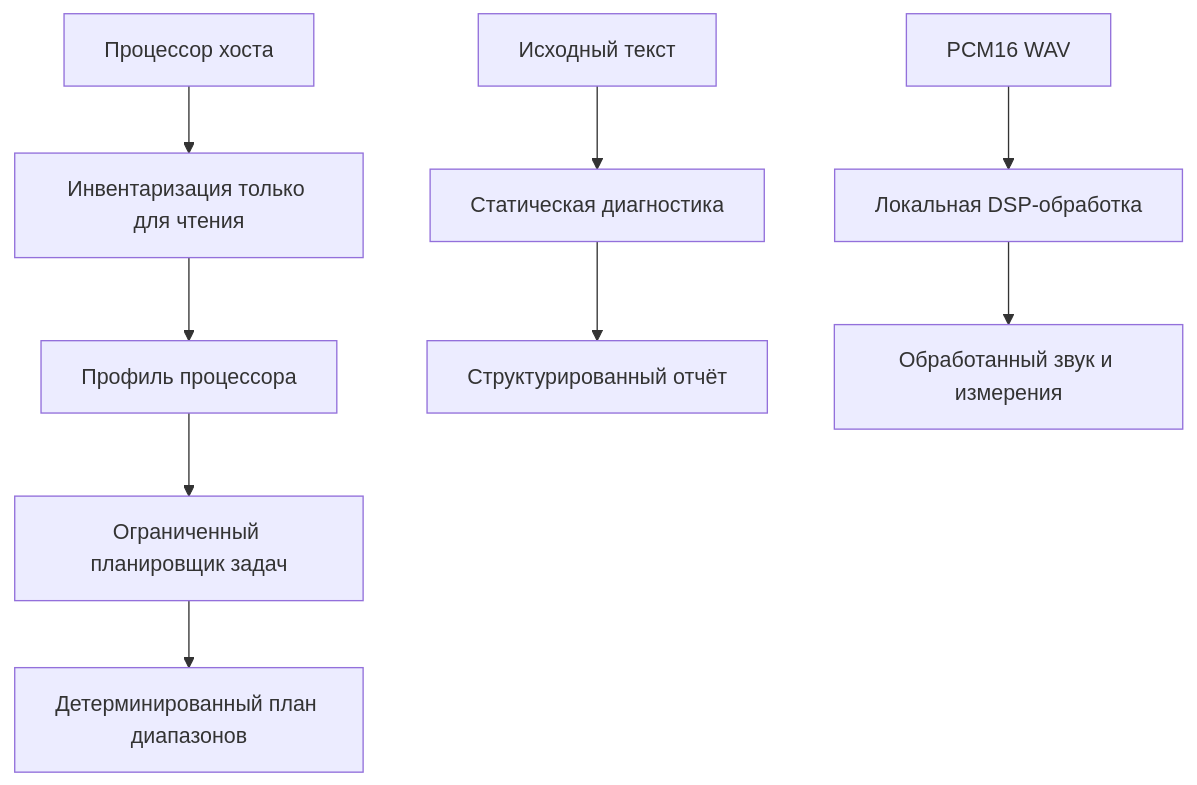
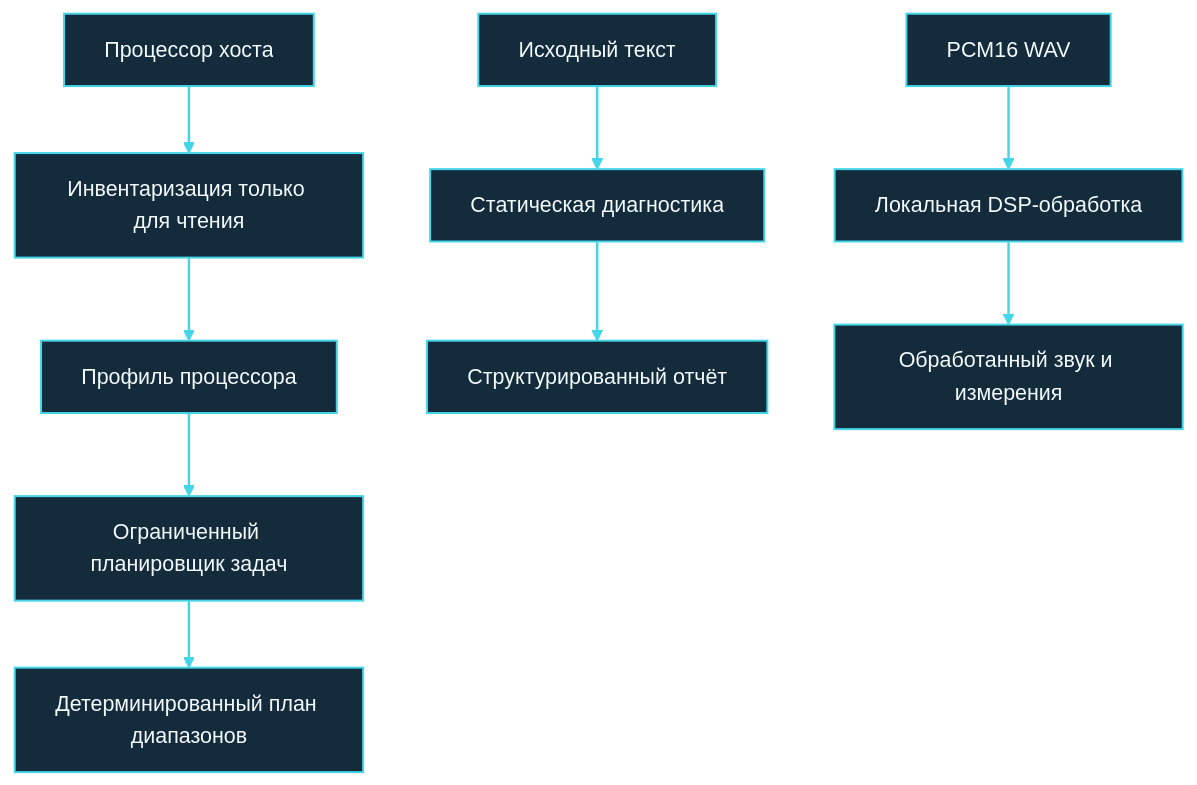
One commit to Ivan-VHS/Pytyliki changed the first of 2 diagrams in README.ru.md. Above: the diagram before and after it, drawn with Mermaid. The commit also changed other lines of this file, not shown here.

````diff
--- a/README.ru.md
+++ b/README.ru.md
@@ -20,11 +25,14 @@
 ```mermaid
 flowchart TD
     A[Процессор хоста] --> B[Инвентаризация только для чтения]
     B --> C[Профиль процессора]
     C --> D[Ограниченный планировщик задач]
     D --> E[Детерминированный план диапазонов]
     F[Исходный текст] --> G[Статическая диагностика]
     G --> H[Структурированный отчёт]
     I[PCM16 WAV] --> J[Локальная DSP-обработка]
     J --> K[Обработанный звук и измерения]
+  classDef readmeNode fill:#142B3B,stroke:#45D5E8,color:#F4FBFF,stroke-width:1.5px;
+  class A,B,C,D,E,F,G,H,I,J,K readmeNode;
+  linkStyle default stroke:#45D5E8,stroke-width:1.8px;
 ```
````
